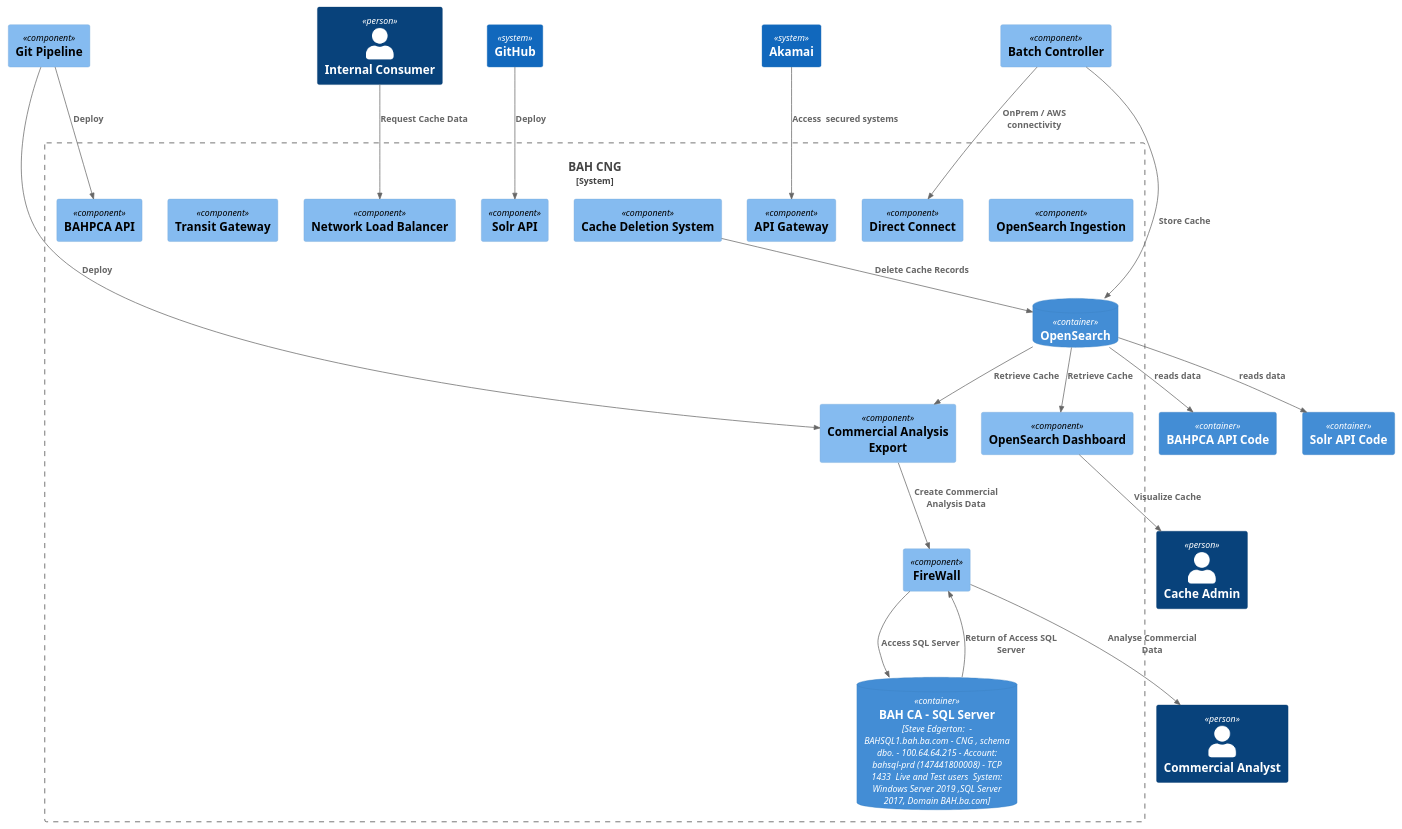
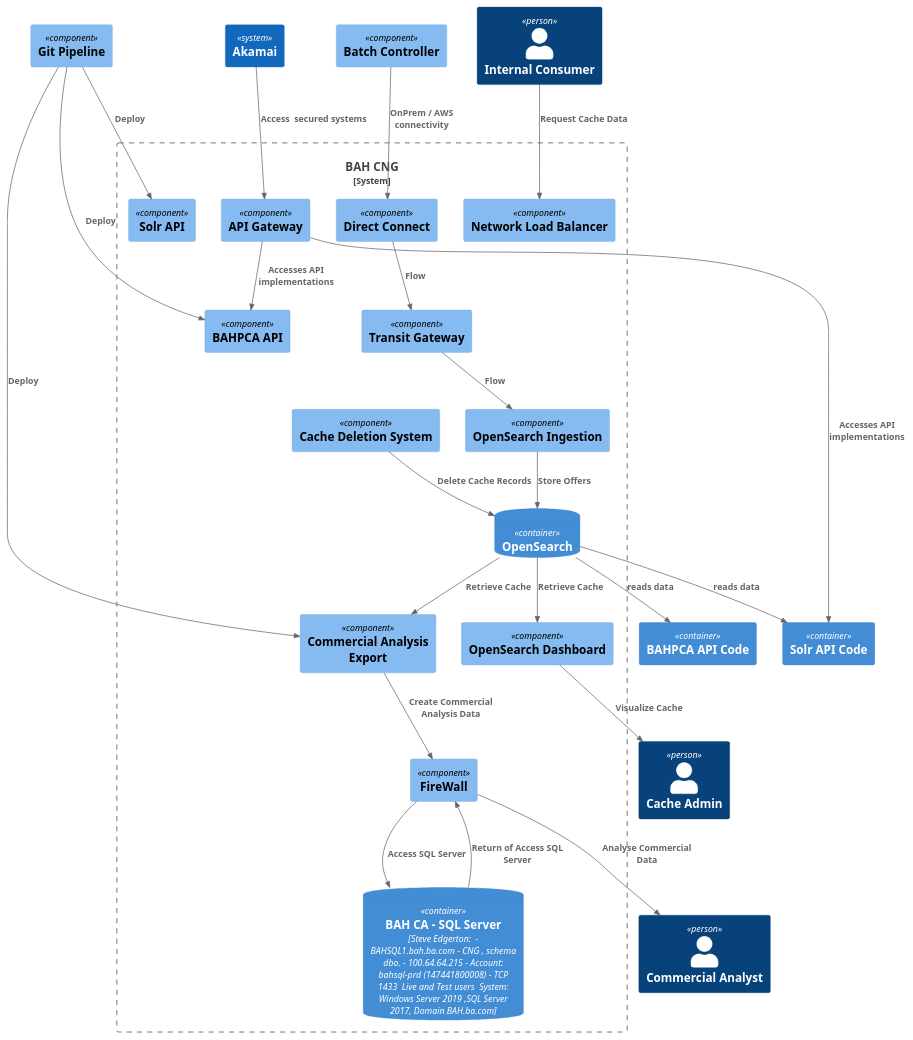
The diagram in docs/icePanel-C4-output-2-BAH CNG.puml (brunasti/icepanel-tools), drawn with PlantUML before and after one commit. The commit also changed 38 other files, not shown here.

```diff
--- a/docs/icePanel-C4-output-2-BAH CNG.puml
+++ b/docs/icePanel-C4-output-2-BAH CNG.puml
@@ -1,68 +1,71 @@
 @startuml
 'https://plantuml.com/class-diagram
 ' CONVERT ICEPANEL DIAGRAM ===========
 ' Converter          : it.brunasti.icepanel.tools.IcePanelToPlantUmlConverter
-' IcePanel JSON File : [./src/test/resources/icepanel-structured.json]
+' IcePanel JSON File : [./src/test/resources/icepanel-plain.json]
 ' Configuration      : [./docs/config.json]
-' Generated at       : Wed Apr 10 11:43:53 CEST 2024
+' Generated at       : Wed Apr 10 14:23:01 CEST 2024
 
 !include https://raw.githubusercontent.com/plantuml-stdlib/C4-PlantUML/master/C4_Context.puml
 !include https://raw.githubusercontent.com/plantuml-stdlib/C4-PlantUML/master/C4_Component.puml
 
 
 ' Include         : [./docs/include.txt] ---------
 hide empty members
 ' Include end     : --------------------------
 
 
 System_Boundary(cpxxV9fxmR1pgCAxHFdB, "BAH CNG" ) {
     ' CLASSES =======
     Component(BxsQud7gKwTvBJQ0KNj2, "Commercial Analysis Export", "" )
     Component(oLiyCOrWiJ4p4jQxIr1F, "OpenSearch Ingestion", "" )
     Component(heuHGHPQyPiOSCrreA29, "API Gateway", "" )
     Component(p4yomm0RrOrYTNX8VvEg, "Direct Connect", "" )
     Component(hQNUt4ZkKRpf1tU4WmD7, "Cache Deletion System", "" )
     Component(LOCysP2vMe5DXLAHEYdU, "OpenSearch Dashboard", "" )
     Component(Xoxj4IX90NjN8wiNvxFB, "Network Load Balancer", "" )
     Component(OmsC5XSTv64h2ua9yNDK, "Solr API", "" )
     Component(MoA8eTudOD7sWkzZF9av, "Transit Gateway", "" )
     Component(uFk6F6ZcKKvnkVRkCNgH, "FireWall", "" )
     Component(4teQrlbMUj5LLqxdVcPK, "BAHPCA API", "" )
     ContainerDb(N5ViUhQIiCffQr67385p, "BAH CA - SQL Server", "Steve Edgerton:  - BAHSQL1.bah.ba.com - CNG , schema dbo. - 100.64.64.215 - Account: bahsql-prd (147441800008) - TCP 1433  Live and Test users  System:  Windows Server 2019 ,SQL Server 2017, Domain BAH.ba.com", "" )
     ContainerDb(MzZVLTUQ74KbySVwdHfZ, "OpenSearch", "", "" )
 }
 
 
 ' NEIGHBOR CLASSES =======
 Person(wSyyLfkRhknshpX3pdWJ, "Internal Consumer", "" )
 System(LqXZYPgQ9UPjc7lqtp7S, "Akamai", "" )
 Container(Vg8nvjzPDirSBRjT8K3Q, "Solr API Code", "", "" )
 Container(Nr2rq32hBezwoAGeNT2U, "BAHPCA API Code", "", "" )
 Component(FbHUk96QaZQVUumba63H, "Batch Controller", "" )
-System(axBWvtIPYmpByC3xkoHt, "GitHub", "" )
 Component(F2hUPV68esNdYOZlEDZp, "Git Pipeline", "" )
 Person(mtyHirRmDImFDmca6URg, "Cache Admin", "" )
 Person(f1fiXJziytRGVe7hFuLo, "Commercial Analyst", "" )
 
 
 ' CONNECTIONS =======
+Rel(MzZVLTUQ74KbySVwdHfZ, Vg8nvjzPDirSBRjT8K3Q, "reads data" )
+Rel(heuHGHPQyPiOSCrreA29, 4teQrlbMUj5LLqxdVcPK, "Accesses API implementations" )
+Rel(LqXZYPgQ9UPjc7lqtp7S, heuHGHPQyPiOSCrreA29, "Access  secured systems" )
+Rel(MzZVLTUQ74KbySVwdHfZ, Nr2rq32hBezwoAGeNT2U, "reads data" )
+Rel(MzZVLTUQ74KbySVwdHfZ, LOCysP2vMe5DXLAHEYdU, "Retrieve Cache" )
+Rel(wSyyLfkRhknshpX3pdWJ, Xoxj4IX90NjN8wiNvxFB, "Request Cache Data" )
+Rel(F2hUPV68esNdYOZlEDZp, 4teQrlbMUj5LLqxdVcPK, "Deploy" )
+Rel(p4yomm0RrOrYTNX8VvEg, MoA8eTudOD7sWkzZF9av, "Flow" )
 Rel(FbHUk96QaZQVUumba63H, p4yomm0RrOrYTNX8VvEg, "OnPrem / AWS connectivity" )
 Rel(uFk6F6ZcKKvnkVRkCNgH, N5ViUhQIiCffQr67385p, "Access SQL Server" )
 Rel(N5ViUhQIiCffQr67385p, uFk6F6ZcKKvnkVRkCNgH, "Return of Access SQL Server" )
 Rel(BxsQud7gKwTvBJQ0KNj2, uFk6F6ZcKKvnkVRkCNgH, "Create Commercial Analysis Data" )
-Rel(MzZVLTUQ74KbySVwdHfZ, Vg8nvjzPDirSBRjT8K3Q, "reads data" )
+Rel(oLiyCOrWiJ4p4jQxIr1F, MzZVLTUQ74KbySVwdHfZ, "Store Offers" )
+Rel(heuHGHPQyPiOSCrreA29, Vg8nvjzPDirSBRjT8K3Q, "Accesses API implementations" )
 Rel(uFk6F6ZcKKvnkVRkCNgH, f1fiXJziytRGVe7hFuLo, "Analyse Commercial Data" )
 Rel(LOCysP2vMe5DXLAHEYdU, mtyHirRmDImFDmca6URg, "Visualize Cache" )
-Rel(LqXZYPgQ9UPjc7lqtp7S, heuHGHPQyPiOSCrreA29, "Access  secured systems" )
-Rel(MzZVLTUQ74KbySVwdHfZ, Nr2rq32hBezwoAGeNT2U, "reads data" )
-Rel(FbHUk96QaZQVUumba63H, MzZVLTUQ74KbySVwdHfZ, "Store Cache" )
-Rel(axBWvtIPYmpByC3xkoHt, OmsC5XSTv64h2ua9yNDK, "Deploy" )
-Rel(MzZVLTUQ74KbySVwdHfZ, LOCysP2vMe5DXLAHEYdU, "Retrieve Cache" )
-Rel(wSyyLfkRhknshpX3pdWJ, Xoxj4IX90NjN8wiNvxFB, "Request Cache Data" )
+Rel(F2hUPV68esNdYOZlEDZp, OmsC5XSTv64h2ua9yNDK, "Deploy" )
 Rel(MzZVLTUQ74KbySVwdHfZ, BxsQud7gKwTvBJQ0KNj2, "Retrieve Cache" )
-Rel(F2hUPV68esNdYOZlEDZp, 4teQrlbMUj5LLqxdVcPK, "Deploy" )
+Rel(MoA8eTudOD7sWkzZF9av, oLiyCOrWiJ4p4jQxIr1F, "Flow" )
 Rel(F2hUPV68esNdYOZlEDZp, BxsQud7gKwTvBJQ0KNj2, "Deploy" )
 Rel(hQNUt4ZkKRpf1tU4WmD7, MzZVLTUQ74KbySVwdHfZ, "Delete Cache Records" )
 
 
 @enduml
```
